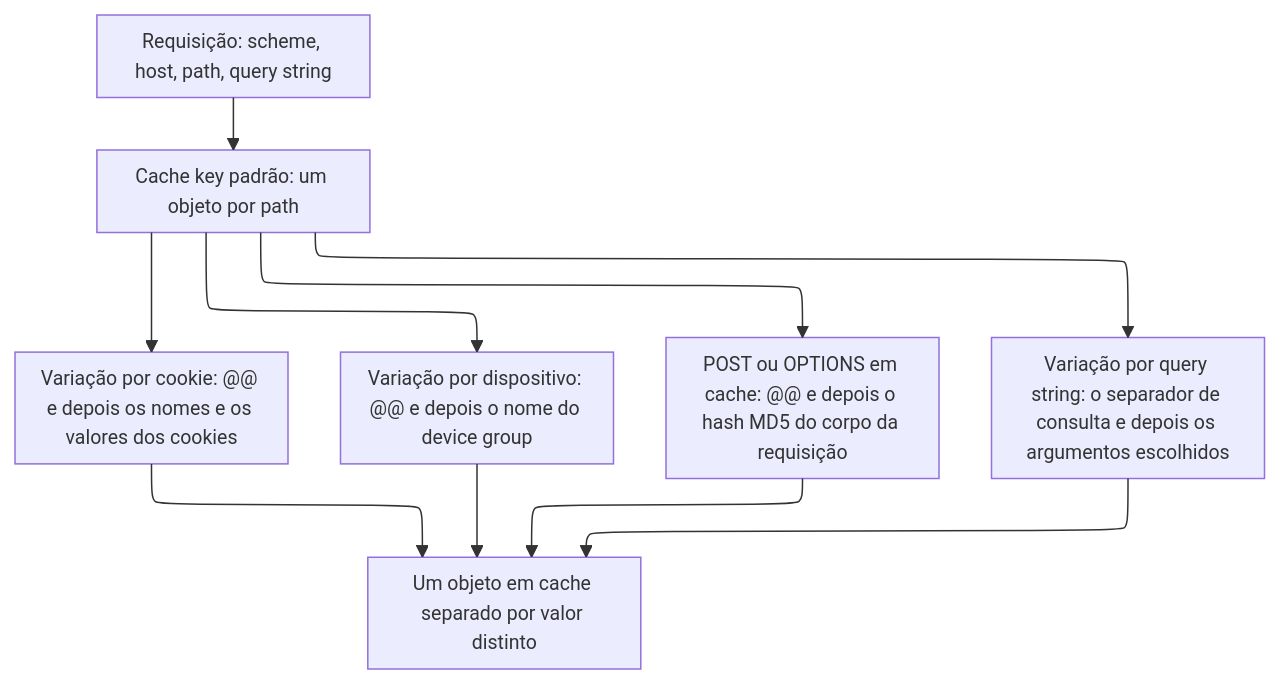
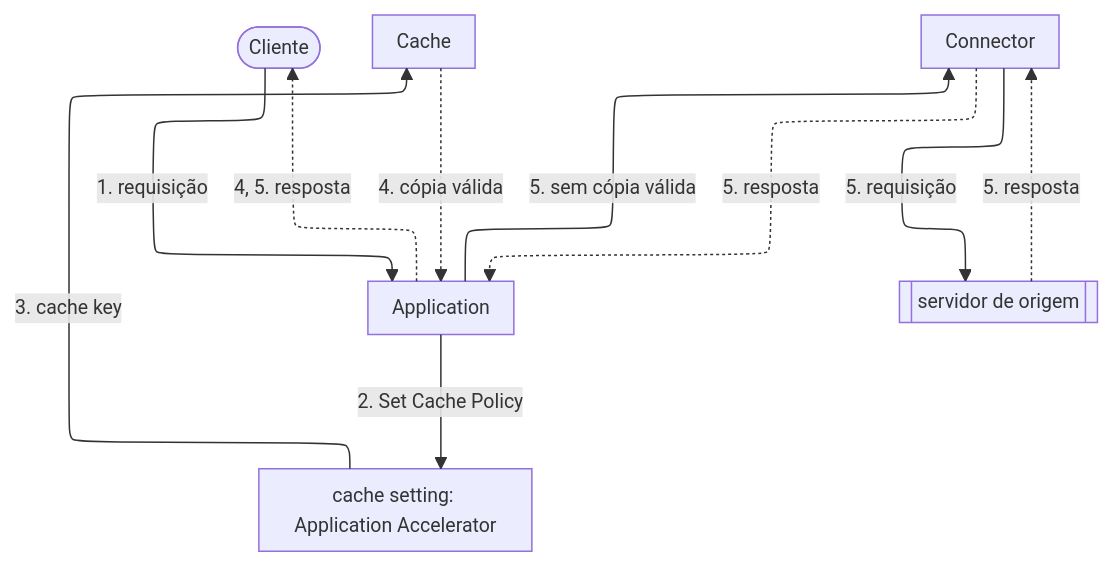
Before and after one commit to aziontech/docs: the diagram in apps/docs/src/content/docs/pt-br/pages/build/application-accelerator/visao-geral.mdx, drawn with Mermaid. The commit also changed other lines of this file and 7 other files, not shown here.

First line of the commit message:
docs(application-accelerator): apply the new rules to the overview, quickstart, Cache variation, and settings

````diff
--- a/apps/docs/src/content/docs/pt-br/pages/build/application-accelerator/visao-geral.mdx
+++ b/apps/docs/src/content/docs/pt-br/pages/build/application-accelerator/visao-geral.mdx
@@ -68,13 +72,19 @@
 ```mermaid
-%%{init: {"layout": "elk", "themeVariables": {"fontSize": "13px"}, "flowchart": {"nodeSpacing": 24, "rankSpacing": 36, "padding": 8, "wrappingWidth": 150, "useMaxWidth": true}, "sequence": {"width": 120, "actorMargin": 30, "useMaxWidth": true}}}%%
+%%{init: {"layout": "elk", "elk": {"cycleBreakingStrategy": "MODEL_ORDER"}, "themeVariables": {"fontSize": "13px"}, "flowchart": {"nodeSpacing": 24, "rankSpacing": 36, "padding": 8, "wrappingWidth": 150, "useMaxWidth": true}, "sequence": {"width": 120, "actorMargin": 30, "useMaxWidth": true}}}%%
 flowchart TD
-  Request["Requisição: scheme, host, path, query string"] --> Base["Cache key padrão: um objeto por path"]
-  Base --> Cookie["Variação por cookie: @@ e depois os nomes e os valores dos cookies"]
-  Base --> Device["Variação por dispositivo: @@ e depois o nome do device group"]
-  Base --> Method["POST ou OPTIONS em cache: @@ e depois o hash MD5 do corpo da requisição"]
-  Base --> Query["Variação por query string: o separador de consulta e depois os argumentos escolhidos"]
-  Cookie --> Object["Um objeto em cache separado por valor distinto"]
-  Device --> Object
-  Method --> Object
-  Query --> Object
+  Client(["Cliente"])
+  App["Application"]
+  Setting["cache setting: Application Accelerator"]
+  Cache["Cache"]
+  Conn["Connector"]
+  Origin[["servidor de origem"]]
+  Client -->|"1. requisição"| App
+  App -->|"2. Set Cache Policy"| Setting
+  Setting -->|"3. cache key"| Cache
+  Cache -.->|"4. cópia válida"| App
+  App -->|"5. sem cópia válida"| Conn
+  Conn -->|"5. requisição"| Origin
+  Origin -.->|"5. resposta"| Conn
+  Conn -.->|"5. resposta"| App
+  App -.->|"4, 5. resposta"| Client
 ```
````
